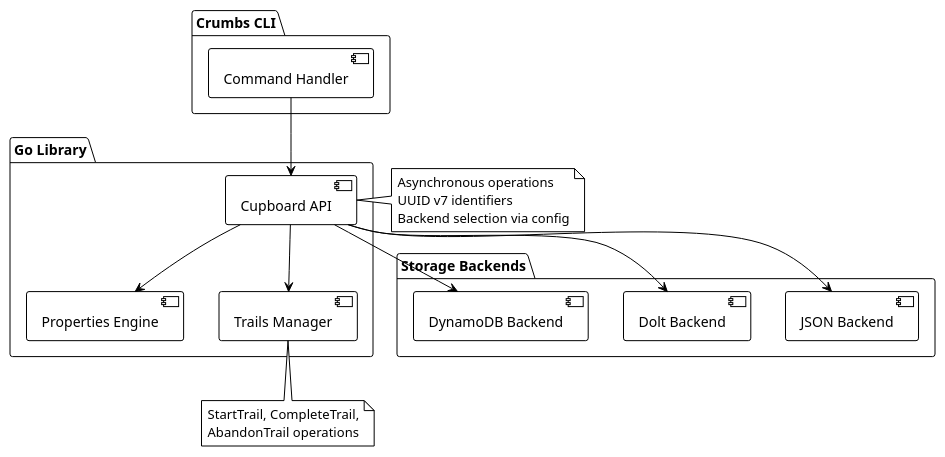
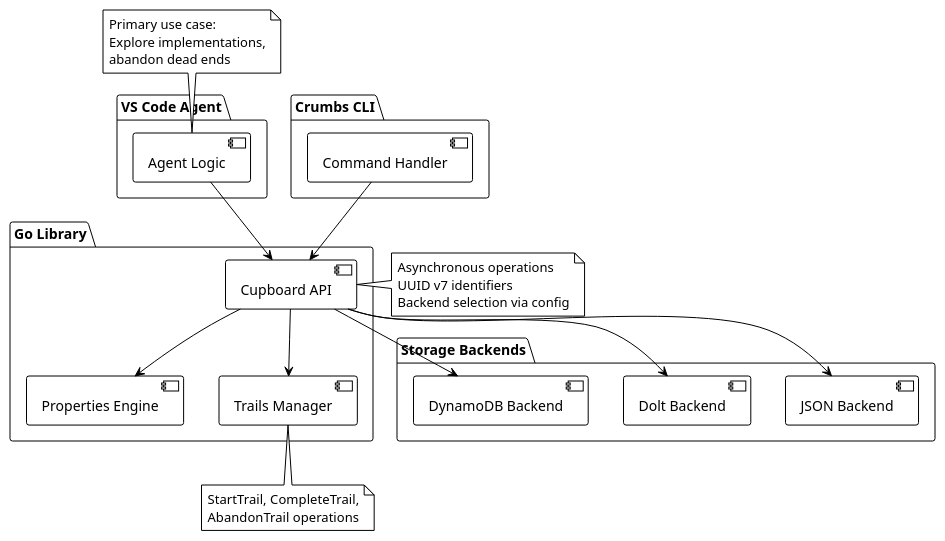
Before and after one commit to mesh-intelligence/crumbs: the diagram in docs/ARCHITECTURE.md, drawn with PlantUML. The commit also changed other lines of this file and 1 other file, not shown here.

First line of the commit message:
Refocus VISION and ARCHITECTURE on agent use case

````diff
--- a/docs/ARCHITECTURE.md
+++ b/docs/ARCHITECTURE.md
@@ -9,41 +9,52 @@
 ```plantuml
 @startuml
 !theme plain
 skinparam backgroundColor white
+
+package "VS Code Agent" {
+  [Agent Logic]
+}
 
 package "Crumbs CLI" {
   [Command Handler]
 }
 
 package "Go Library" {
   [Cupboard API]
   [Properties Engine]
   [Trails Manager]
 }
 
 package "Storage Backends" {
   [JSON Backend]
   [Dolt Backend]
   [DynamoDB Backend]
 }
 
+[Agent Logic] --> [Cupboard API]
 [Command Handler] --> [Cupboard API]
 [Cupboard API] --> [Properties Engine]
 [Cupboard API] --> [Trails Manager]
 [Cupboard API] --> [JSON Backend]
 [Cupboard API] --> [Dolt Backend]
 [Cupboard API] --> [DynamoDB Backend]
 
 note right of [Cupboard API]
   Asynchronous operations
   UUID v7 identifiers
   Backend selection via config
 end note
 
 note bottom of [Trails Manager]
   StartTrail, CompleteTrail,
   AbandonTrail operations
 end note
 
+note top of [Agent Logic]
+  Primary use case:
+  Explore implementations,
+  abandon dead ends
+end note
+
 @enduml
 ```
````
